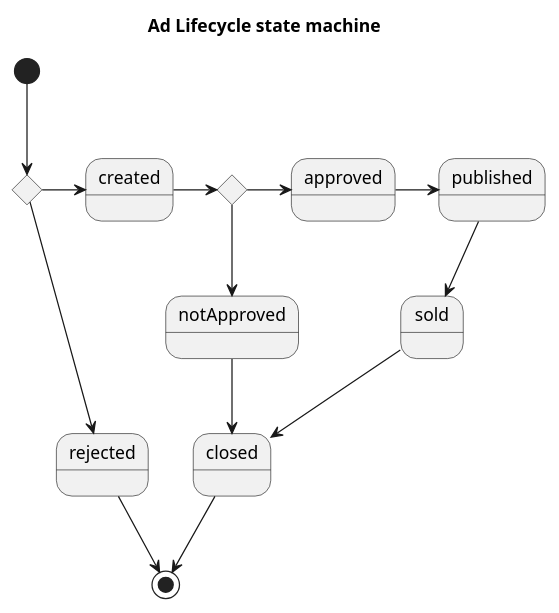
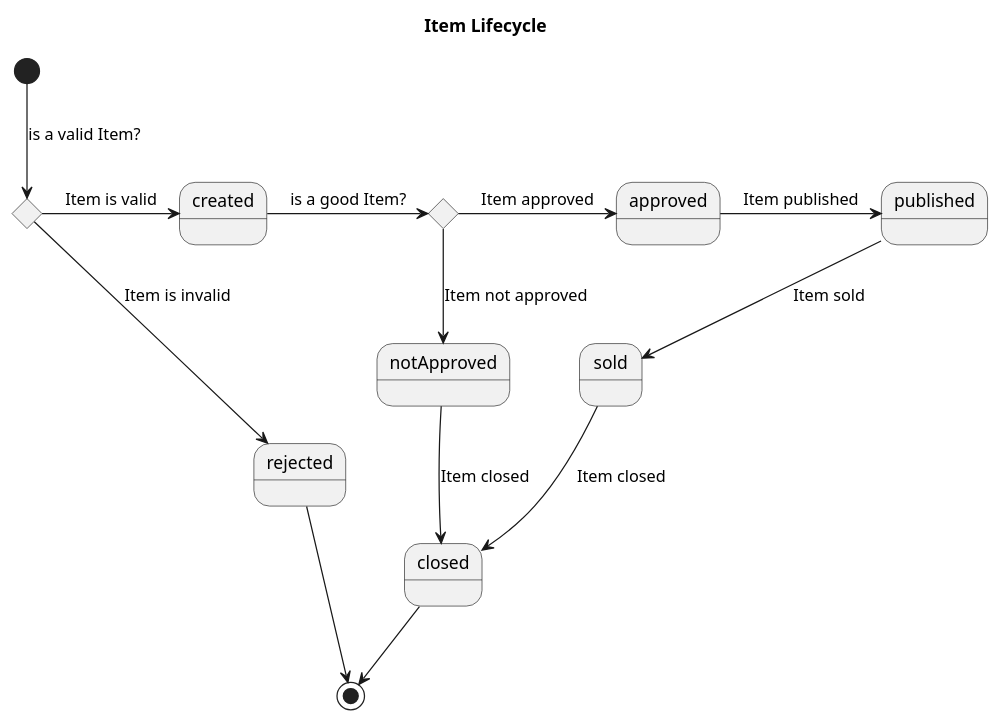
The diagram in src/Uml/ad-states.puml (jesusfar/classified-ads-example), drawn with PlantUML before and after one commit.

```diff
--- a/src/Uml/ad-states.puml
+++ b/src/Uml/ad-states.puml
@@ -1,24 +1,24 @@
 @startuml
 
-title Ad Lifecycle state machine
+title Item Lifecycle
 
 state toValidate <<choice>>
 state toApprove <<choice>>
 
-[*] --> toValidate
-toValidate --> rejected
+[*] --> toValidate : is a valid Item?
+toValidate --> rejected : Item is invalid
 rejected --> [*]
-toValidate -> created
+toValidate -> created : Item is valid
 
-created -> toApprove
-toApprove -> approved
-approved -> published
+created -> toApprove : is a good Item?
+toApprove -> approved : Item approved
+approved -> published : Item published
 
-toApprove --> notApproved
-notApproved --> closed
+toApprove --> notApproved : Item not approved
+notApproved --> closed : Item closed
 closed --> [*]
 
-published --> sold
-sold --> closed
+published --> sold : Item sold
+sold --> closed : Item closed
 
 @enduml
```
